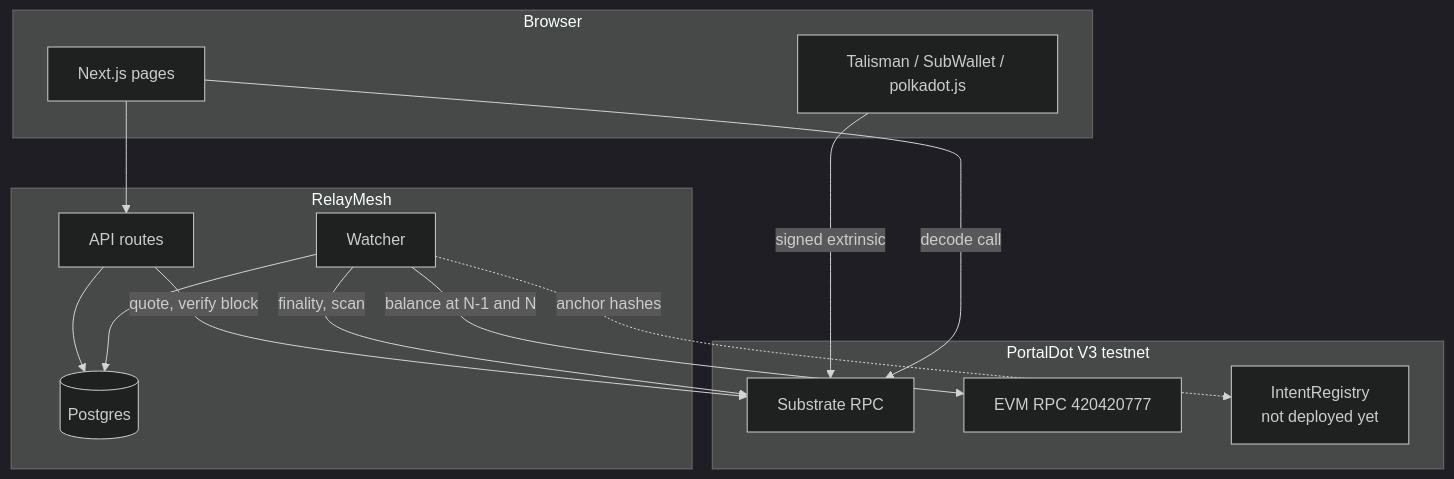
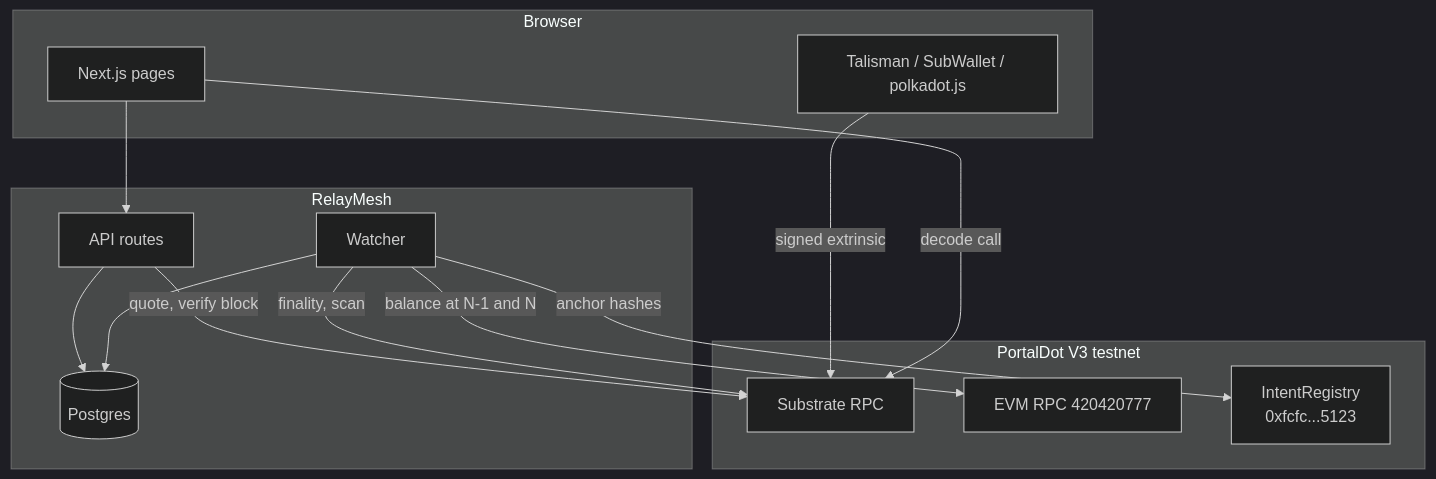
The first of 2 diagrams in README.md (Saber1Y/RelayMesh), drawn with Mermaid (dark theme) before and after one commit. The commit also changed other lines of this file and 1 other file, not shown here.

Commit message:
docs: mark IntentRegistry as deployed and anchoring as live

````diff
--- a/README.md
+++ b/README.md
@@ -158,26 +158,26 @@
 ```mermaid
 flowchart TB
     subgraph Client[Browser]
         UI[Next.js pages]
         Wallet[Talisman / SubWallet / polkadot.js]
     end
     subgraph Server[RelayMesh]
         API[API routes]
         Worker[Watcher]
         PG[(Postgres)]
     end
     subgraph V3[PortalDot V3 testnet]
         Sub[Substrate RPC]
         EVM[EVM RPC 420420777]
-        Reg[IntentRegistry<br/>not deployed yet]
+        Reg[IntentRegistry<br/>0xfcfc...5123]
     end
     UI --> API
     Wallet -->|signed extrinsic| Sub
     UI -->|decode call| Sub
     API -->|quote, verify block| Sub
     API --> PG
     Worker --> PG
     Worker -->|finality, scan| Sub
     Worker -->|balance at N-1 and N| EVM
-    Worker -.->|anchor hashes| Reg
+    Worker -->|anchor hashes| Reg
 ```
````
